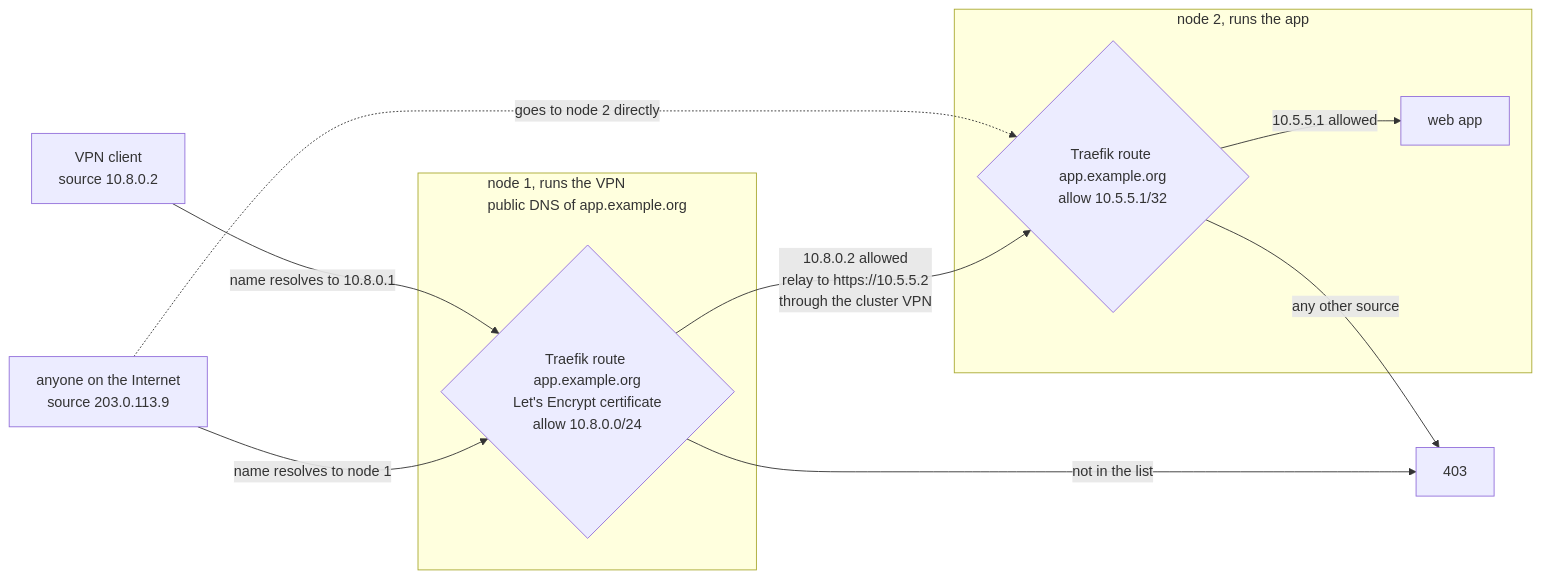
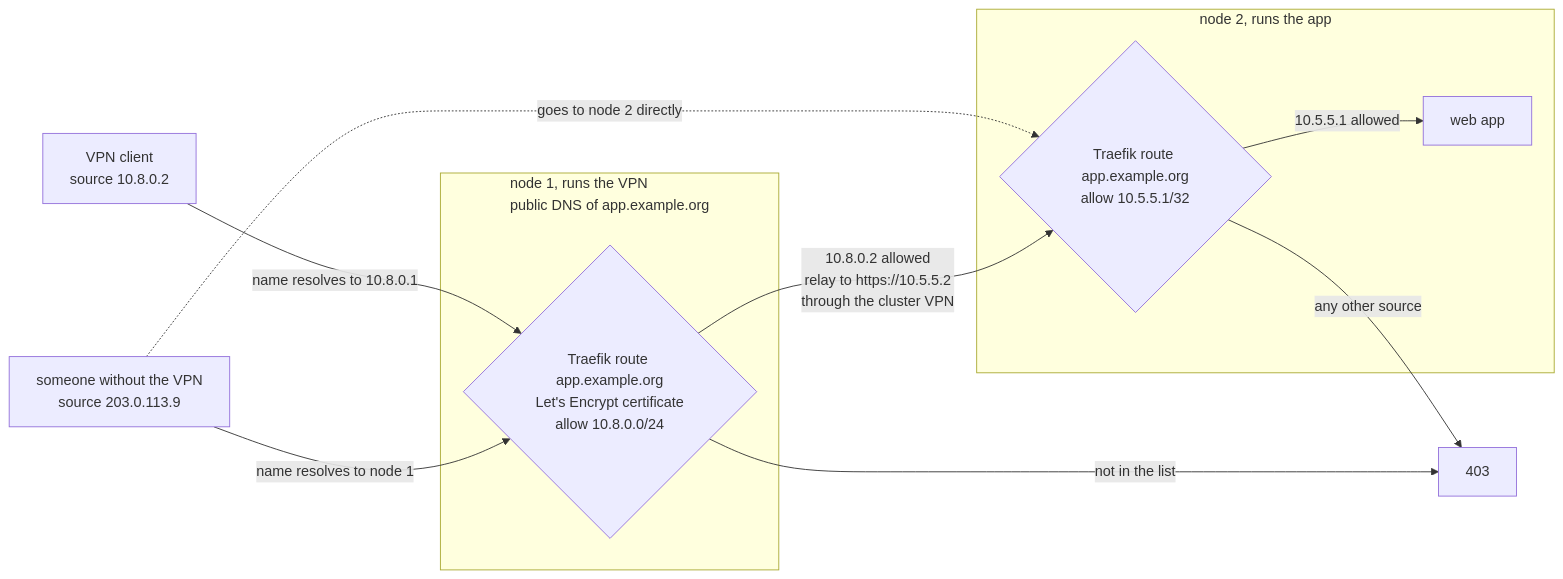
Before and after one commit to stephdl/ns8-roadwarrior: the seventh of 7 diagrams in docs/network.md, drawn with Mermaid.

Commit message:
docs: name the client without VPN in the relay diagram

````diff
--- a/docs/network.md
+++ b/docs/network.md
@@ -212,24 +212,24 @@
 ```mermaid
 flowchart LR
     vpn["VPN client<br/>source 10.8.0.2"]
-    out["anyone on the Internet<br/>source 203.0.113.9"]
+    out["someone without the VPN<br/>source 203.0.113.9"]
 
     subgraph n1["node 1, runs the VPN<br/>public DNS of app.example.org"]
         r1{"Traefik route app.example.org<br/>Let's Encrypt certificate<br/>allow 10.8.0.0/24"}
     end
 
     subgraph n2["node 2, runs the app"]
         r2{"Traefik route app.example.org<br/>allow 10.5.5.1/32"}
         app["web app"]
     end
 
     deny["403"]
 
     vpn -- "name resolves to 10.8.0.1" --> r1
     out -- "name resolves to node 1" --> r1
     out -. "goes to node 2 directly" .-> r2
     r1 -- "10.8.0.2 allowed<br/>relay to https://10.5.5.2<br/>through the cluster VPN" --> r2
     r1 -- "not in the list" --> deny
     r2 -- "10.5.5.1 allowed" --> app
     r2 -- "any other source" --> deny
 ```
````
